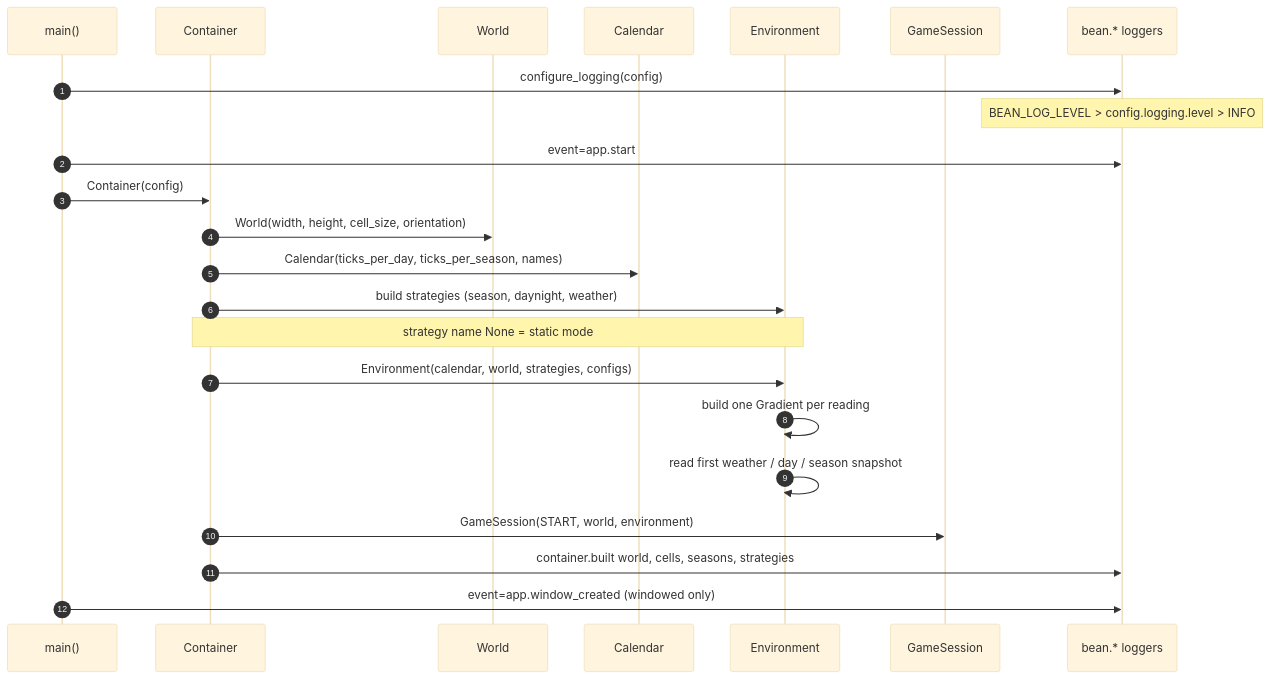
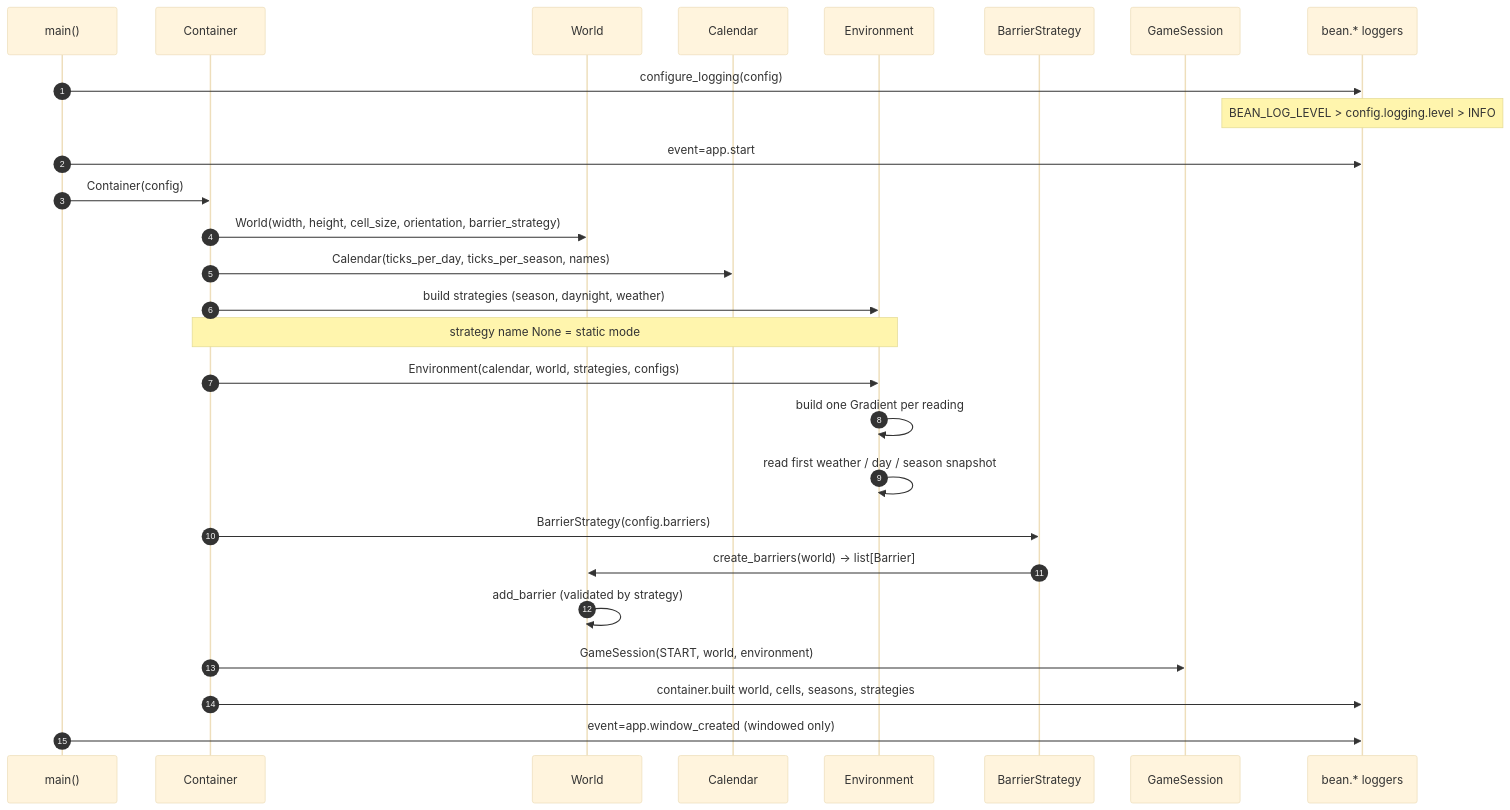
Before and after one commit to m-rossini/bns: the second of 9 diagrams in diagrams.md, drawn with Mermaid (base theme). The commit also changed other lines of this file and 3 other files, not shown here.

First line of the commit message:
docs: align README, spec, diagrams, TODO with barrier/climate/render changes

````diff
--- a/diagrams.md
+++ b/diagrams.md
@@ -215,29 +286,33 @@
 ```mermaid
 sequenceDiagram
     autonumber
     participant M as main()
     participant C as Container
     participant W as World
     participant Cal as Calendar
     participant Env as Environment
+    participant BS as BarrierStrategy
     participant Sess as GameSession
     participant Log as bean.* loggers
 
     M->>Log: configure_logging(config)
     Note over Log: BEAN_LOG_LEVEL > config.logging.level > INFO
     M->>Log: event=app.start
     M->>C: Container(config)
 
-    C->>W: World(width, height, cell_size, orientation)
+    C->>W: World(width, height, cell_size, orientation, barrier_strategy)
     C->>Cal: Calendar(ticks_per_day, ticks_per_season, names)
     C->>Env: build strategies (season, daynight, weather)
     Note over C,Env: strategy name None = static mode
     C->>Env: Environment(calendar, world, strategies, configs)
     Env->>Env: build one Gradient per reading
     Env->>Env: read first weather / day / season snapshot
+    C->>BS: BarrierStrategy(config.barriers)
+    BS->>W: create_barriers(world) -> list[Barrier]
+    W->>W: add_barrier (validated by strategy)
 
     C->>Sess: GameSession(START, world, environment)
     C->>Log: container.built world, cells, seasons, strategies
 
     M->>Log: event=app.window_created (windowed only)
 ```
````
